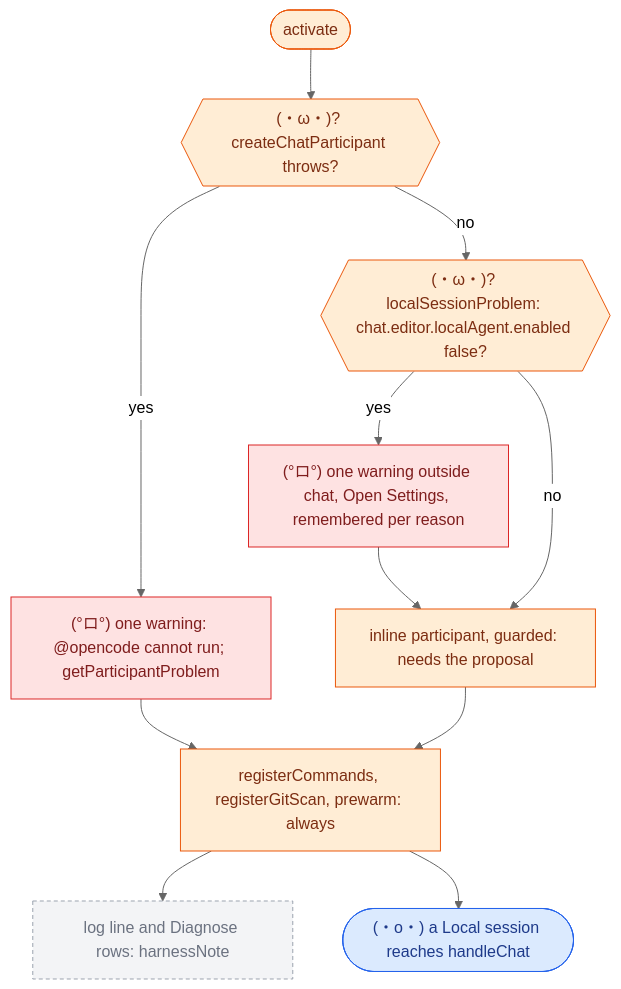
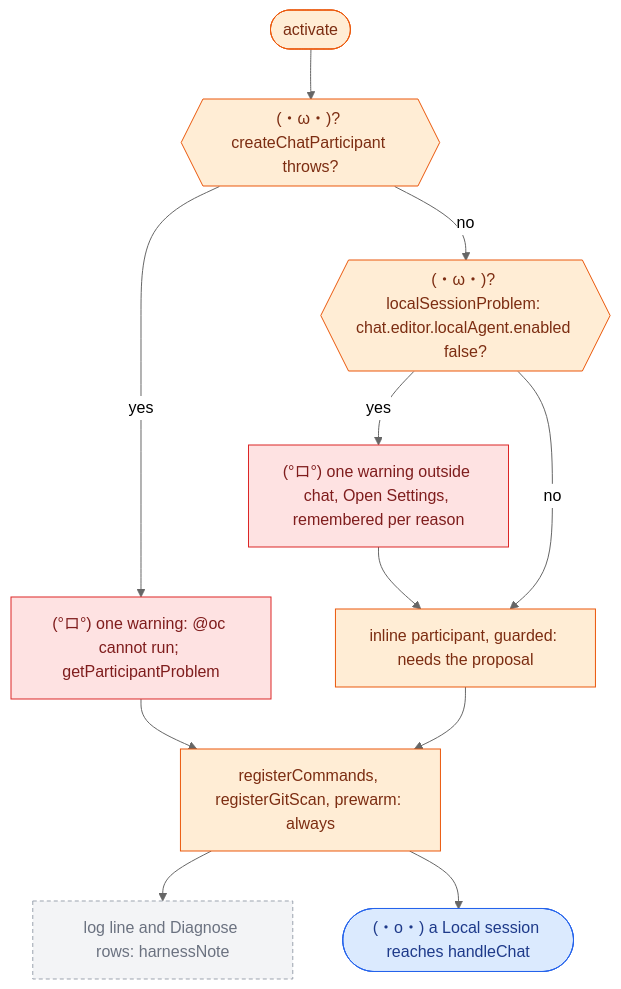
Before and after one commit to Artsrun/oc-copilot: the third of 4 diagrams in docs/flow/08-opencode2-and-harness.md, drawn with Mermaid (neutral theme). The commit also changed other lines of this file and 52 other files, not shown here.

````diff
--- a/docs/flow/08-opencode2-and-harness.md
+++ b/docs/flow/08-opencode2-and-harness.md
@@ -100,25 +100,25 @@
 ```mermaid
 flowchart TD
   classDef host fill:#dbeafe,stroke:#2563eb,color:#1e3a8a
   classDef bridge fill:#ffedd5,stroke:#ea580c,color:#7c2d12
   classDef stop fill:#fee2e2,stroke:#dc2626,color:#7f1d1d
   classDef off fill:#f3f4f6,stroke:#9ca3af,color:#6b7280,stroke-dasharray: 4 3
 
   A(["activate"]):::bridge
   T{{"(・ω・)? createChatParticipant throws?"}}:::bridge
-  W1["(°ロ°) one warning: @opencode cannot run; getParticipantProblem"]:::stop
+  W1["(°ロ°) one warning: @oc cannot run; getParticipantProblem"]:::stop
   L{{"(・ω・)? localSessionProblem: chat.editor.localAgent.enabled false?"}}:::bridge
   W2["(°ロ°) one warning outside chat, Open Settings, remembered per reason"]:::stop
   IN["inline participant, guarded: needs the proposal"]:::bridge
   REG["registerCommands, registerGitScan, prewarm: always"]:::bridge
   LOG["log line and Diagnose rows: harnessNote"]:::off
   H(["(・o・) a Local session reaches handleChat"]):::host
 
   A --> T
   T -->|yes| W1 --> REG
   T -->|no| L
   L -->|yes| W2 --> IN
   L -->|no| IN
   IN --> REG --> LOG
   REG --> H
 ```
````
